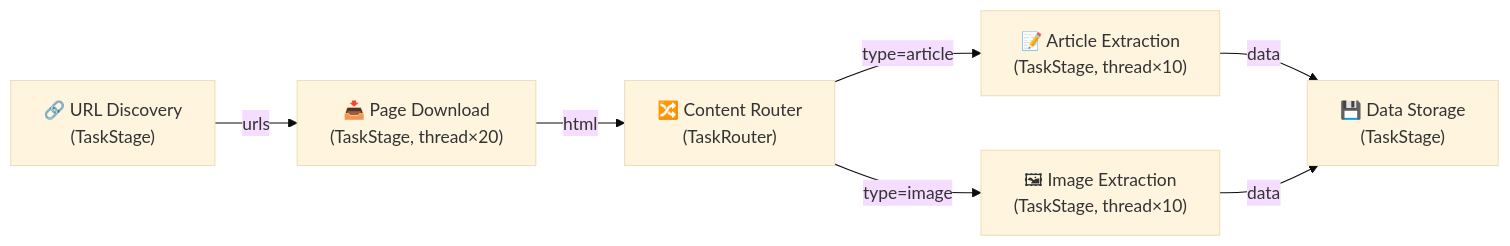
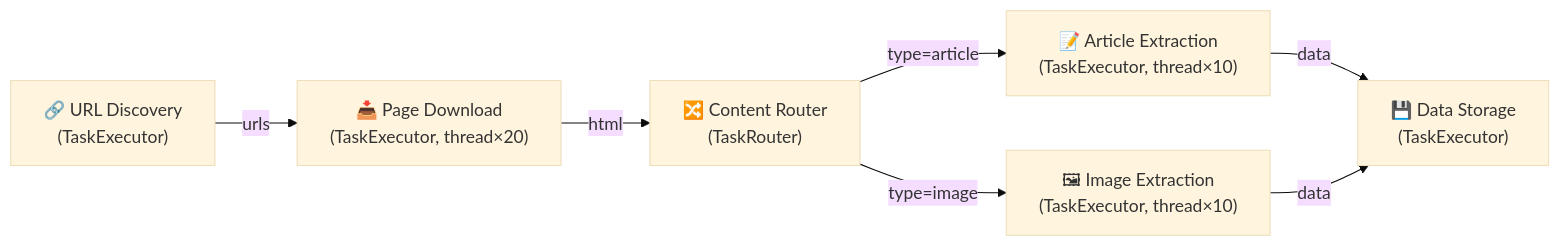
Before and after one commit to Mr-xiaotian/CelestialFlow: the eighth of 9 diagrams in docs/en/presentation.md, drawn with Mermaid (base theme). The commit also changed other lines of this file and 181 other files, not shown here.

````diff
--- a/docs/en/presentation.md
+++ b/docs/en/presentation.md
@@ -559,9 +541,9 @@
 ```mermaid
 graph LR
-    A["🔗 URL Discovery<br/>(TaskStage)"] -->|urls| B["📥 Page Download<br/>(TaskStage, thread×20)"]
+    A["🔗 URL Discovery<br/>(TaskExecutor)"] -->|urls| B["📥 Page Download<br/>(TaskExecutor, thread×20)"]
     B -->|html| C["🔀 Content Router<br/>(TaskRouter)"]
-    C -->|type=article| D["📝 Article Extraction<br/>(TaskStage, thread×10)"]
-    C -->|type=image| E["🖼 Image Extraction<br/>(TaskStage, thread×10)"]
-    D -->|data| F["💾 Data Storage<br/>(TaskStage)"]
+    C -->|type=article| D["📝 Article Extraction<br/>(TaskExecutor, thread×10)"]
+    C -->|type=image| E["🖼 Image Extraction<br/>(TaskExecutor, thread×10)"]
+    D -->|data| F["💾 Data Storage<br/>(TaskExecutor)"]
     E -->|data| F
 ```
````
